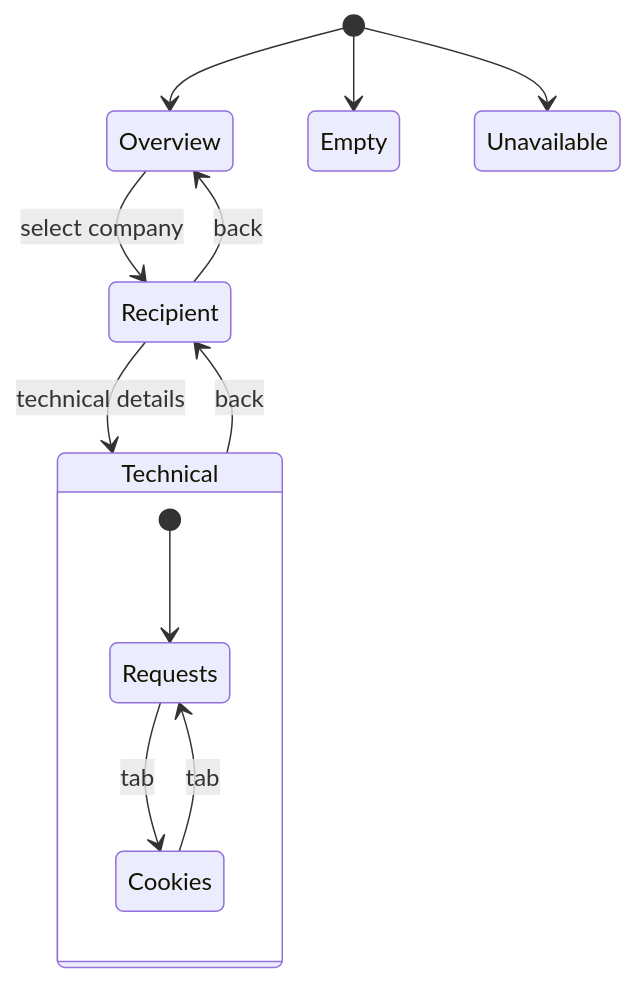
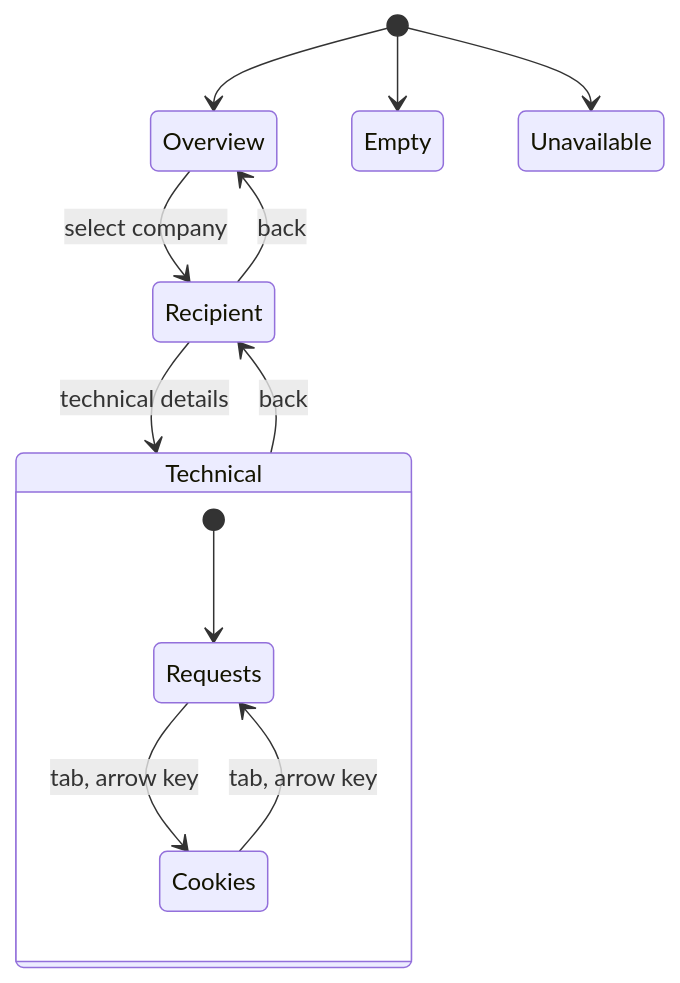
Before and after one commit to KarnesTH/kd-onlooker: the third of 3 diagrams in docs/data-flow.md, drawn with Mermaid. The commit also changed other lines of this file and 53 other files, not shown here.

````diff
--- a/docs/data-flow.md
+++ b/docs/data-flow.md
@@ -78,15 +89,15 @@
 ```mermaid
 stateDiagram-v2
     [*] --> Overview
     [*] --> Empty
     [*] --> Unavailable
     Overview --> Recipient: select company
     Recipient --> Overview: back
     Recipient --> Technical: technical details
     Technical --> Recipient: back
     state Technical {
         [*] --> Requests
-        Requests --> Cookies: tab
-        Cookies --> Requests: tab
+        Requests --> Cookies: tab, arrow key
+        Cookies --> Requests: tab, arrow key
     }
 ```
````
